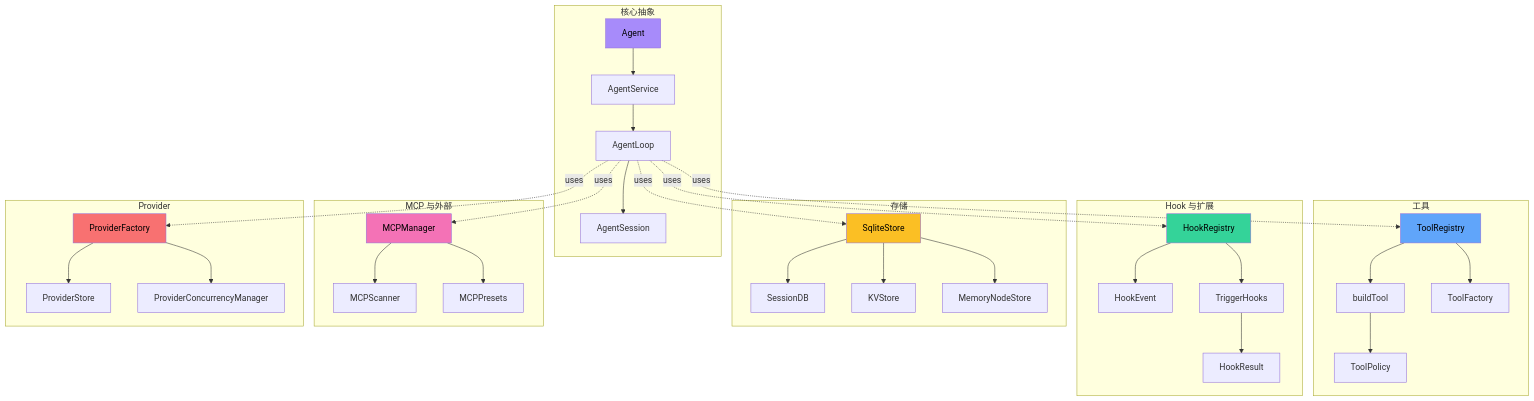
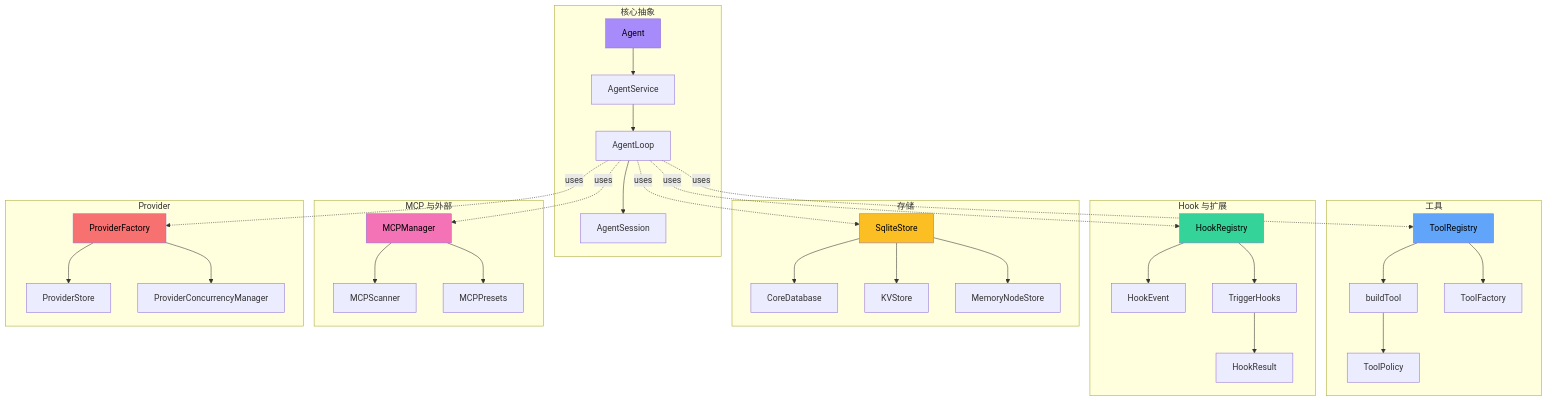
One commit to LanicBlue/zero-core changed the second of 2 diagrams in docs/arch/12-glossary.md. Above: the diagram before and after it, drawn with Mermaid. The commit also changed other lines of this file and 165 other files, not shown here.

First line of the commit message:
feat(wiki-system-redesign): sub-00 数据库基础(sessions.db→core.db + DatabaseManager + knowledge.db 退役)

````diff
--- a/docs/arch/12-glossary.md
+++ b/docs/arch/12-glossary.md
@@ -60,71 +60,71 @@
 ```mermaid
 graph TB
     subgraph "核心抽象"
         A1[Agent]
         A2[AgentLoop]
         A3[AgentSession]
         A4[AgentService]
         A1 --> A4
         A4 --> A2
         A2 --> A3
     end
 
     subgraph "工具"
         T1[ToolRegistry]
         T2[buildTool]
         T3[ToolFactory]
         T4[ToolPolicy]
         T1 --> T2
         T1 --> T3
         T2 --> T4
     end
 
     subgraph "Hook 与扩展"
         H1[HookRegistry]
         H2[HookEvent]
         H3[TriggerHooks]
         H4[HookResult]
         H1 --> H2
         H1 --> H3
         H3 --> H4
     end
 
     subgraph "存储"
         S1[SqliteStore]
-        S2[SessionDB]
+        S2[CoreDatabase]
         S3[KVStore]
         S4[MemoryNodeStore]
         S1 --> S2
         S1 --> S3
         S1 --> S4
     end
 
     subgraph "MCP 与外部"
         M1[MCPManager]
         M2[MCPScanner]
         M3[MCPPresets]
         M1 --> M2
         M1 --> M3
     end
 
     subgraph "Provider"
         P1[ProviderFactory]
         P2[ProviderStore]
         P3[ProviderConcurrencyManager]
         P1 --> P3
         P1 --> P2
     end
 
     A2 -. uses .-> T1
     A2 -. uses .-> H1
     A2 -. uses .-> S1
     A2 -. uses .-> P1
     A2 -. uses .-> M1
 
     style A1 fill:#a78bfa,color:#000
     style T1 fill:#60a5fa,color:#000
     style H1 fill:#34d399,color:#000
     style S1 fill:#fbbf24,color:#000
     style M1 fill:#f472b6,color:#000
     style P1 fill:#f87171,color:#000
 ```
````
